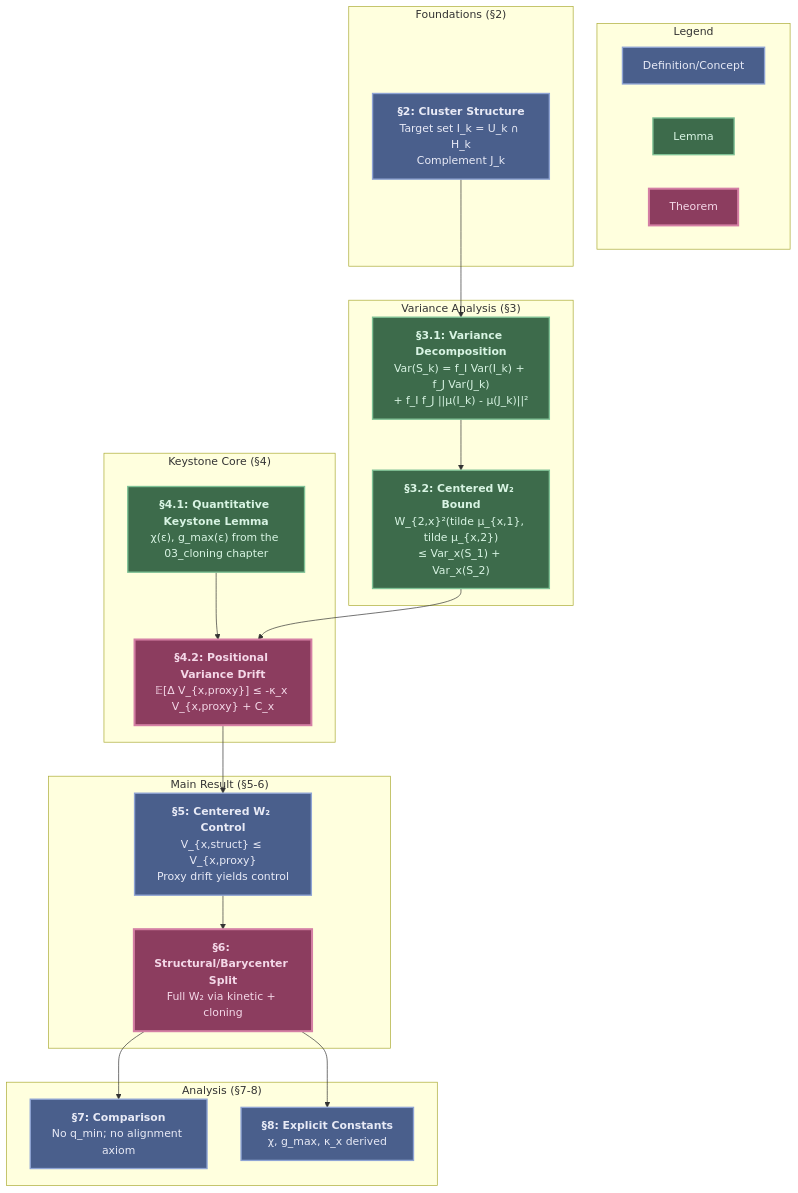
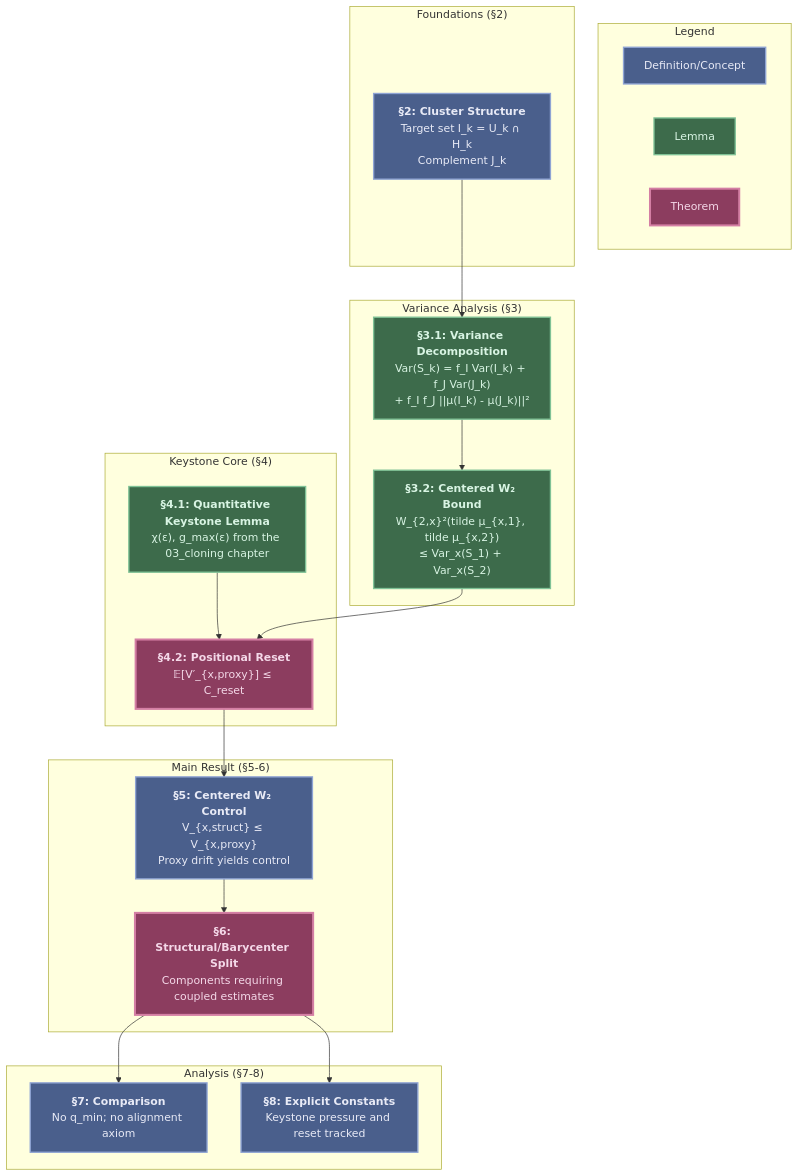
The diagram in docs/source/2_fractal_gas/convergence_program/04_wasserstein_contraction.md (FragileTech/fragile), drawn with Mermaid before and after one commit. The commit also changed other lines of this file and 375 other files, not shown here.

````diff
--- a/docs/source/2_fractal_gas/convergence_program/04_wasserstein_contraction.md
+++ b/docs/source/2_fractal_gas/convergence_program/04_wasserstein_contraction.md
@@ -96,46 +122,46 @@
 ```{mermaid}
 graph TD
     subgraph "Legend"
         L1["Definition/Concept"]:::stateStyle
         L2["Lemma"]:::lemmaStyle
         L3["Theorem"]:::theoremStyle
     end
 
     subgraph "Foundations (§2)"
         A["<b>§2: Cluster Structure</b><br>Target set I_k = U_k ∩ H_k<br>Complement J_k"]:::stateStyle
     end
 
     subgraph "Variance Analysis (§3)"
         B["<b>§3.1: Variance Decomposition</b><br>Var(S_k) = f_I Var(I_k) + f_J Var(J_k)<br>+ f_I f_J ||μ(I_k) - μ(J_k)||²"]:::lemmaStyle
         C["<b>§3.2: Centered W₂ Bound</b><br>W_{2,x}²(tilde μ_{x,1}, tilde μ_{x,2})<br>≤ Var_x(S_1) + Var_x(S_2)"]:::lemmaStyle
     end
 
     subgraph "Keystone Core (§4)"
         D["<b>§4.1: Quantitative Keystone Lemma</b><br>χ(ε), g_max(ε) from the 03_cloning chapter"]:::lemmaStyle
-        E["<b>§4.2: Positional Variance Drift</b><br>𝔼[Δ V_{x,proxy}] ≤ -κ_x V_{x,proxy} + C_x"]:::theoremStyle
+        E["<b>§4.2: Positional Reset</b><br>𝔼[V′_{x,proxy}] ≤ C_reset"]:::theoremStyle
     end
 
     subgraph "Main Result (§5-6)"
         F["<b>§5: Centered W₂ Control</b><br>V_{x,struct} ≤ V_{x,proxy}<br>Proxy drift yields control"]:::stateStyle
-        G["<b>§6: Structural/Barycenter Split</b><br>Full W₂ via kinetic + cloning"]:::theoremStyle
+        G["<b>§6: Structural/Barycenter Split</b><br>Components requiring coupled estimates"]:::theoremStyle
     end
 
     subgraph "Analysis (§7-8)"
         H["<b>§7: Comparison</b><br>No q_min; no alignment axiom"]:::stateStyle
-        I["<b>§8: Explicit Constants</b><br>χ, g_max, κ_x derived"]:::stateStyle
+        I["<b>§8: Explicit Constants</b><br>Keystone pressure and reset tracked"]:::stateStyle
     end
 
     A --> B
     B --> C
     D --> E
     C --> E
     E --> F
     F --> G
     G --> H
     G --> I
 
     classDef stateStyle fill:#4a5f8c,stroke:#8fa4d4,stroke-width:2px,color:#e8eaf6
     classDef axiomStyle fill:#8c6239,stroke:#d4a574,stroke-width:2px,stroke-dasharray: 5 5,color:#f4e8d8
     classDef lemmaStyle fill:#3d6b4b,stroke:#7fc296,stroke-width:2px,color:#d8f4e3
     classDef theoremStyle fill:#8c3d5f,stroke:#d47fa4,stroke-width:3px,color:#f4d8e8
 ```
````
